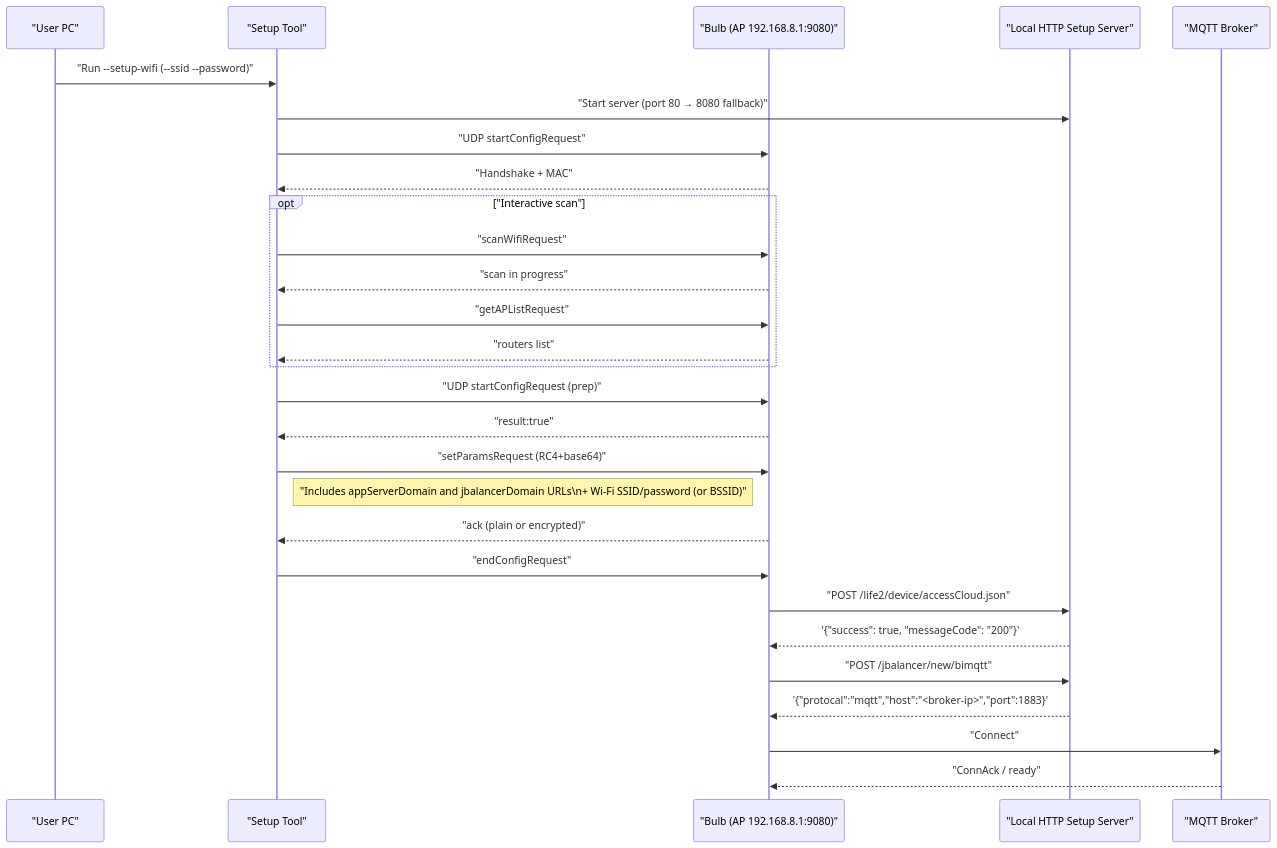
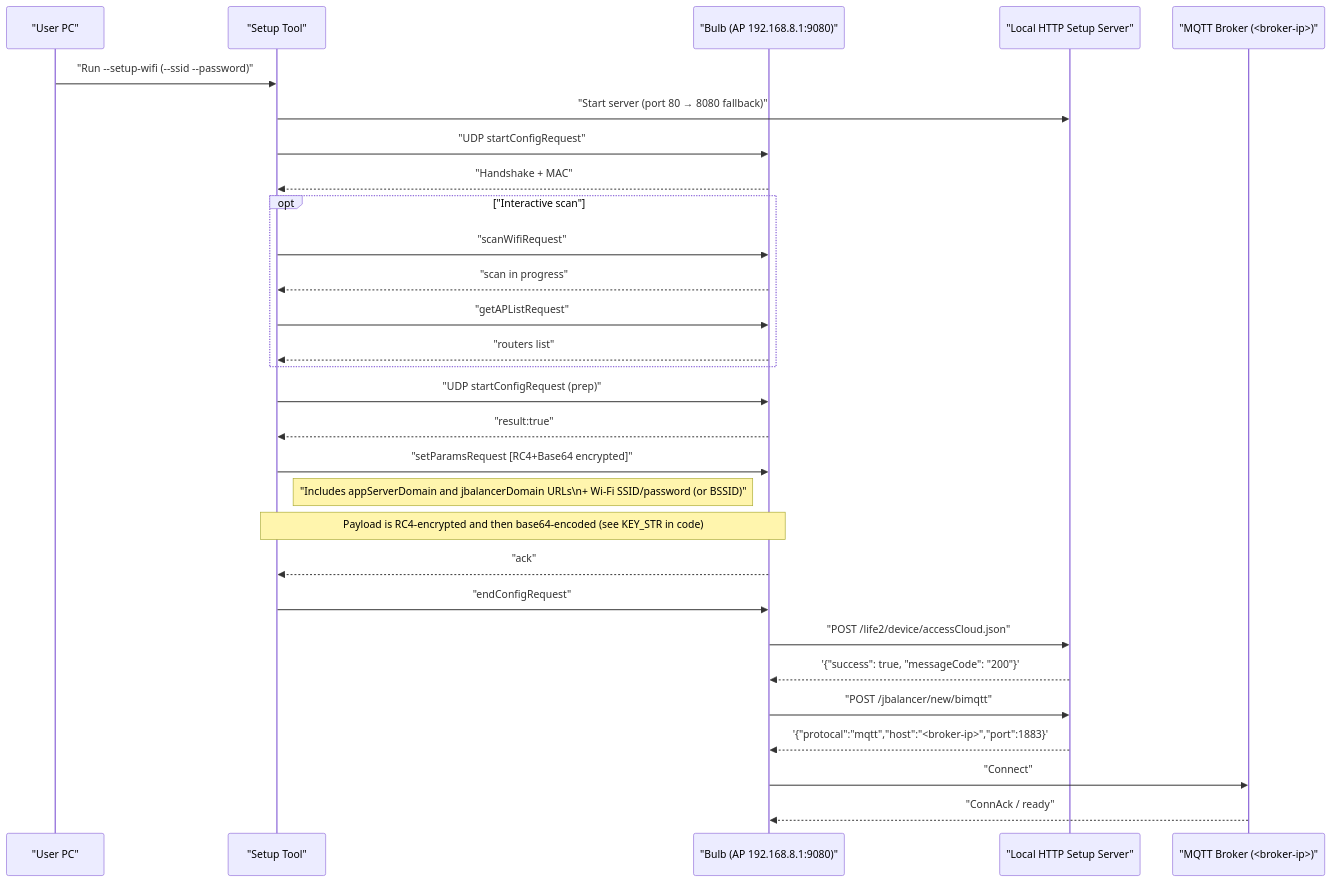
One commit to samfundev/SengledTools changed the diagram in README.md. Above: the diagram before and after it, drawn with Mermaid. The commit also changed other lines of this file, not shown here.

Commit message:
Add UDP examples and reference link to README

````diff
--- a/README.md
+++ b/README.md
@@ -194,35 +196,36 @@
 ```mermaid
 sequenceDiagram
     participant UserPC as "User PC"
     participant SetupTool as "Setup Tool"
     participant BulbAP as "Bulb (AP 192.168.8.1:9080)"
     participant HttpServer as "Local HTTP Setup Server"
-    participant MqttBroker as "MQTT Broker"
+    participant MqttBroker as "MQTT Broker (<broker-ip>)"
 
     UserPC->>SetupTool: "Run --setup-wifi (--ssid --password)"
     SetupTool->>HttpServer: "Start server (port 80 → 8080 fallback)"
     SetupTool->>BulbAP: "UDP startConfigRequest"
     BulbAP-->>SetupTool: "Handshake + MAC"
 
     opt "Interactive scan"
         SetupTool->>BulbAP: "scanWifiRequest"
         BulbAP-->>SetupTool: "scan in progress"
         SetupTool->>BulbAP: "getAPListRequest"
         BulbAP-->>SetupTool: "routers list"
     end
 
     SetupTool->>BulbAP: "UDP startConfigRequest (prep)"
     BulbAP-->>SetupTool: "result:true"
-    SetupTool->>BulbAP: "setParamsRequest (RC4+base64)"
+    SetupTool->>BulbAP: "setParamsRequest [RC4+Base64 encrypted]"
     Note right of SetupTool: "Includes appServerDomain and jbalancerDomain URLs\n+ Wi‑Fi SSID/password (or BSSID)"
-    BulbAP-->>SetupTool: "ack (plain or encrypted)"
+    Note over SetupTool,BulbAP: Payload is RC4-encrypted and then base64-encoded (see KEY_STR in code)
+    BulbAP-->>SetupTool: "ack"
     SetupTool->>BulbAP: "endConfigRequest"
 
     BulbAP->>HttpServer: "POST /life2/device/accessCloud.json"
     HttpServer-->>BulbAP: '{"success": true, "messageCode": "200"}'
     BulbAP->>HttpServer: "POST /jbalancer/new/bimqtt"
     HttpServer-->>BulbAP: '{"protocal":"mqtt","host":"<broker-ip>","port":1883}'
 
     BulbAP->>MqttBroker: "Connect"
     MqttBroker-->>BulbAP: "ConnAck / ready"
 ```
````
